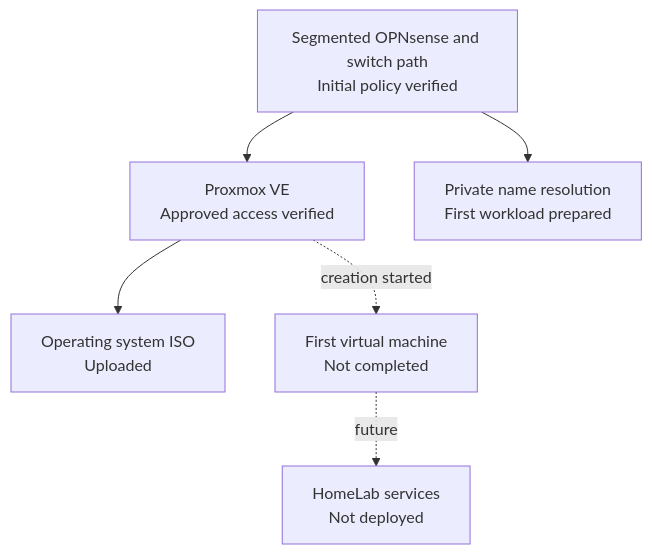
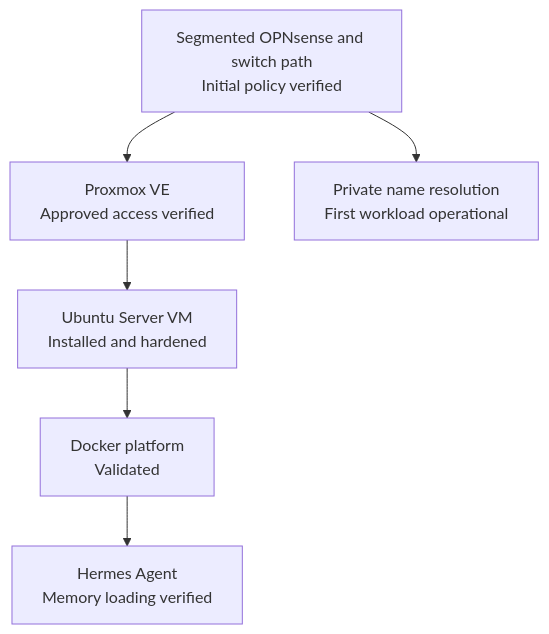
The diagram in docs/proxmox-installation.md (DeadPol8789/homelab), drawn with Mermaid before and after one commit. The commit also changed other lines of this file and 9 other files, not shown here.

First line of the commit message:
Document first operational Hermes workload (#6)

````diff
--- a/docs/proxmox-installation.md
+++ b/docs/proxmox-installation.md
@@ -53,8 +59,8 @@
 ```mermaid
 flowchart TD
     NET["Segmented OPNsense and switch path<br/>Initial policy verified"] --> PVE["Proxmox VE<br/>Approved access verified"]
-    PVE --> ISO["Operating system ISO<br/>Uploaded"]
-    NET --> DNS["Private name resolution<br/>First workload prepared"]
-    PVE -. "creation started" .-> VM["First virtual machine<br/>Not completed"]
-    VM -. "future" .-> SVC["HomeLab services<br/>Not deployed"]
+    PVE --> VM["Ubuntu Server VM<br/>Installed and hardened"]
+    NET --> DNS["Private name resolution<br/>First workload operational"]
+    VM --> DOCKER["Docker platform<br/>Validated"]
+    DOCKER --> HERMES["Hermes Agent<br/>Memory loading verified"]
 ```
````
